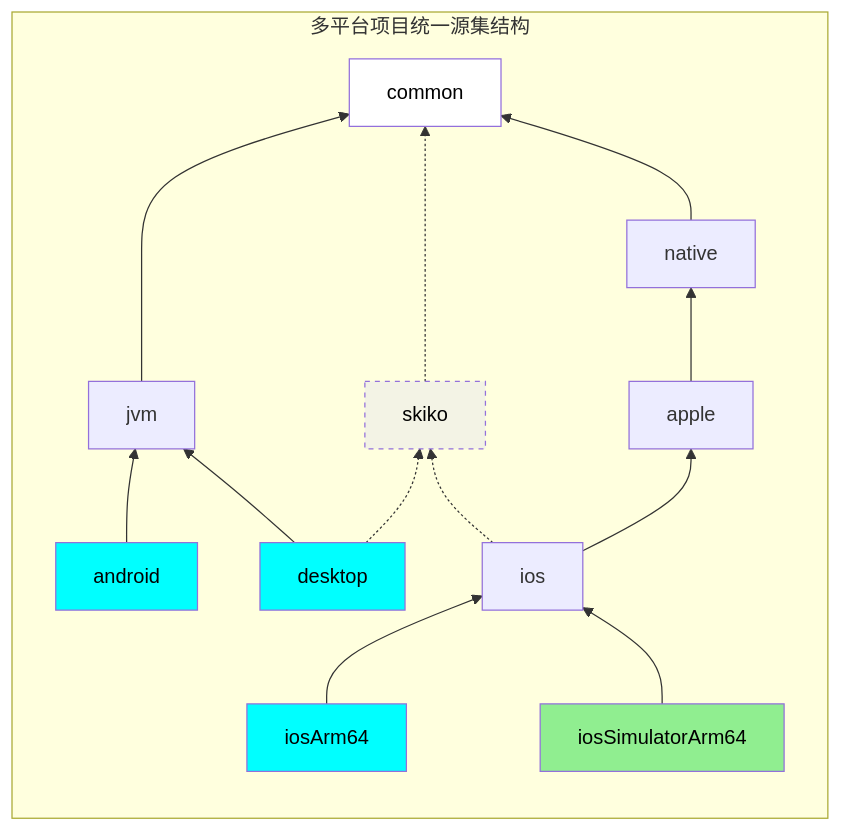
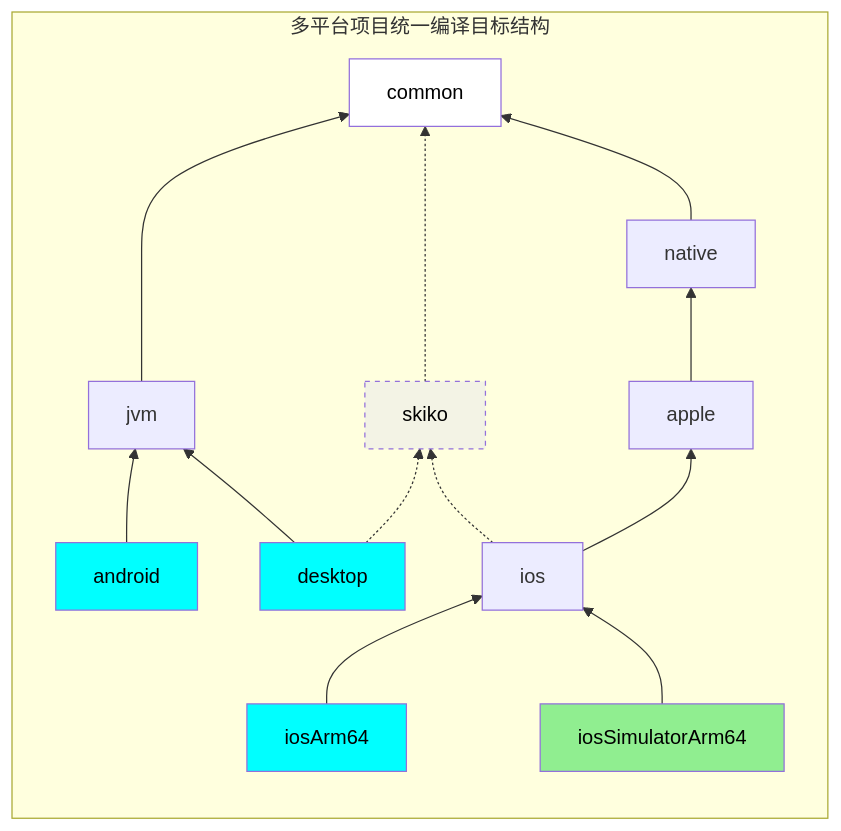
The first of 2 diagrams in CONTRIBUTING.md (shtrend/animeko), drawn with Mermaid before and after one commit. The commit also changed other lines of this file and 23 other files, not shown here.

````diff
--- a/CONTRIBUTING.md
+++ b/CONTRIBUTING.md
@@ -134,24 +140,24 @@
 ```mermaid
 flowchart TD
-    subgraph "多平台项目统一源集结构"
+    subgraph "多平台项目统一编译目标结构"
         direction BT
         style common fill: white, color: black
         style android fill: aqua, color: black
         style desktop fill: aqua, color: black
         style iosArm64 fill: aqua, color: black
         style iosSimulatorArm64 fill: lightgreen, color: black
         style skiko fill: #ECECEBA0, stroke-dasharray: 4 4, color: black
         jvm ---> common
         android --> jvm
         desktop --> jvm
         skiko .-> common
         desktop .-> skiko
         ios .-> skiko
         native --> common
         apple --> native
         ios --> apple
         iosArm64 --> ios
         iosSimulatorArm64 --> ios
 
     end
 ```
````
